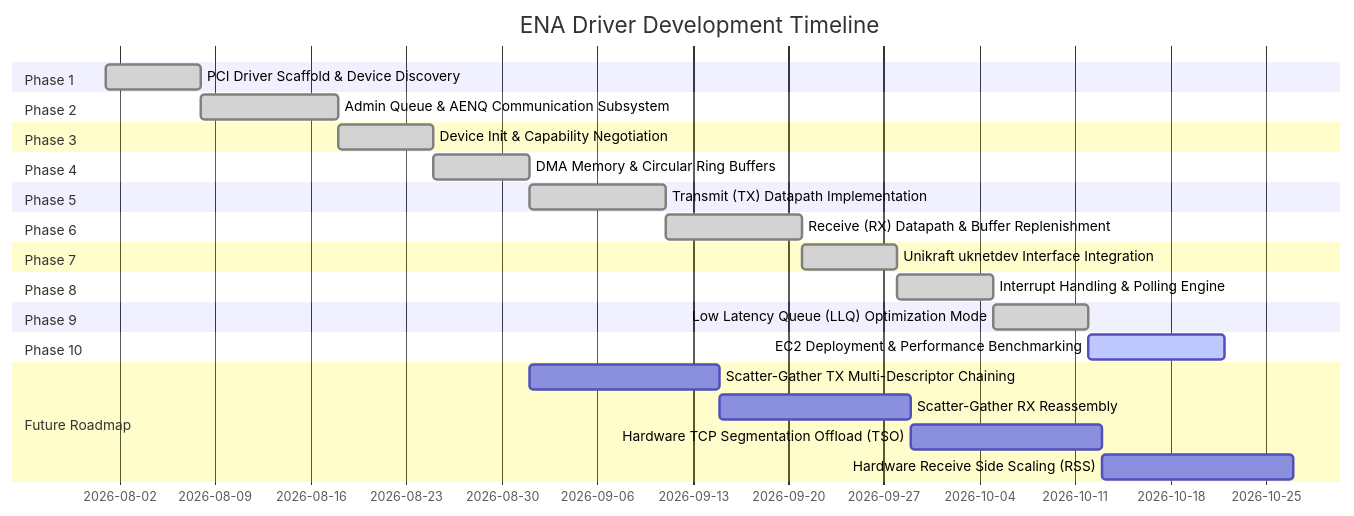
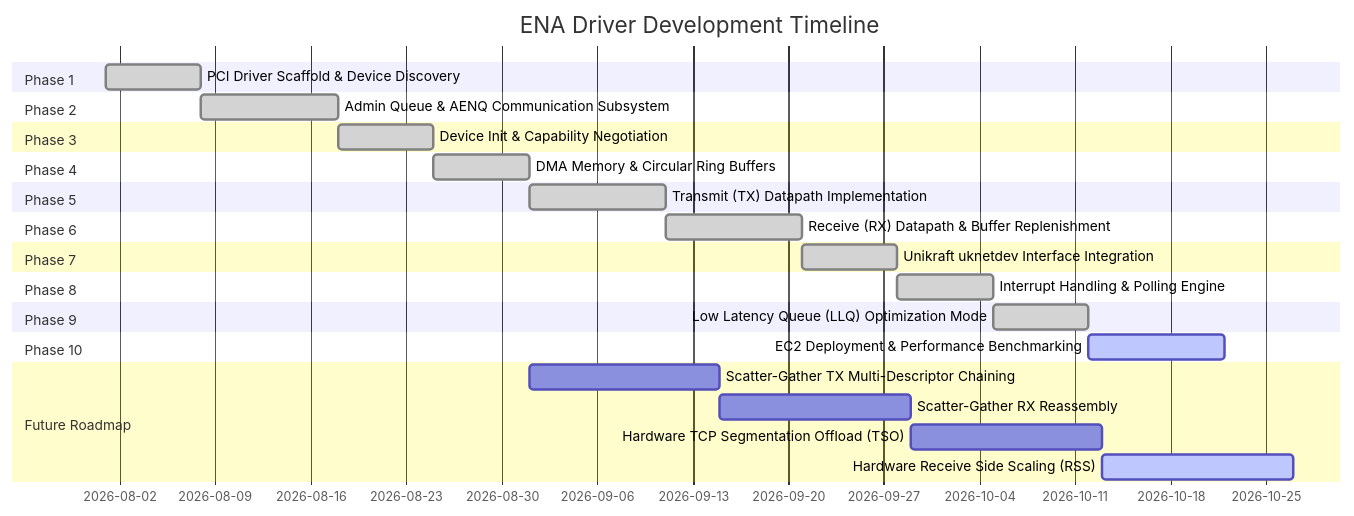
One commit to sibnick/lib-ena changed the diagram in docs/roadmap.md. Above: the diagram before and after it, drawn with Mermaid. The commit also changed other lines of this file and 1 other file, not shown here.

````diff
--- a/docs/roadmap.md
+++ b/docs/roadmap.md
@@ -12,30 +12,30 @@
 ```mermaid
 gantt
     title ENA Driver Development Timeline
     dateFormat  YYYY-MM-DD
     section Phase 1
     PCI Driver Scaffold & Device Discovery       :done, p1, 2026-08-01, 7d
     section Phase 2
     Admin Queue & AENQ Communication Subsystem   :done, p2, after p1, 10d
     section Phase 3
     Device Init & Capability Negotiation         :done, p3, after p2, 7d
     section Phase 4
     DMA Memory & Circular Ring Buffers           :done, p4, after p3, 7d
     section Phase 5
     Transmit (TX) Datapath Implementation        :done, p5, after p4, 10d
     section Phase 6
     Receive (RX) Datapath & Buffer Replenishment :done, p6, after p5, 10d
     section Phase 7
     Unikraft uknetdev Interface Integration      :done, p7, after p6, 7d
     section Phase 8
     Interrupt Handling & Polling Engine          :done, p8, after p7, 7d
     section Phase 9
     Low Latency Queue (LLQ) Optimization Mode    :done, p9, after p8, 7d
     section Phase 10
     EC2 Deployment & Performance Benchmarking    :active, p10, after p9, 10d
     section Future Roadmap
     Scatter-Gather TX Multi-Descriptor Chaining  :p11, 2026-09-01, 14d
     Scatter-Gather RX Reassembly                 :p12, after p11, 14d
     Hardware TCP Segmentation Offload (TSO)      :p13, after p12, 14d
-    Hardware Receive Side Scaling (RSS)          :p14, after p13, 14d
+    Hardware Receive Side Scaling (RSS)          :active, p14, after p13, 14d
 ```
````
